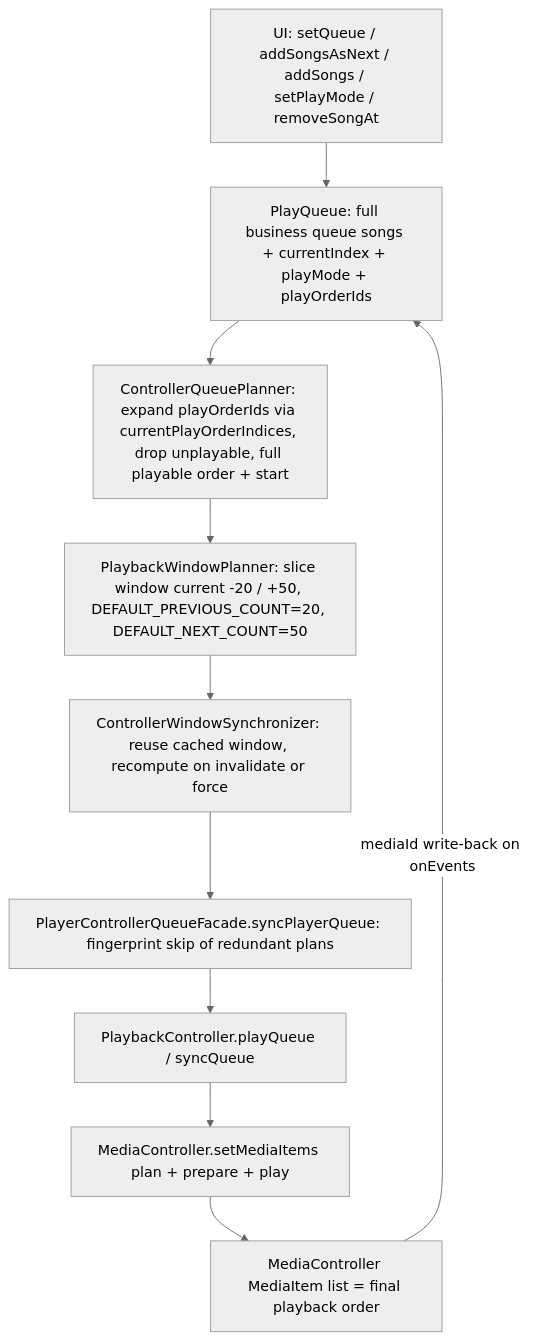
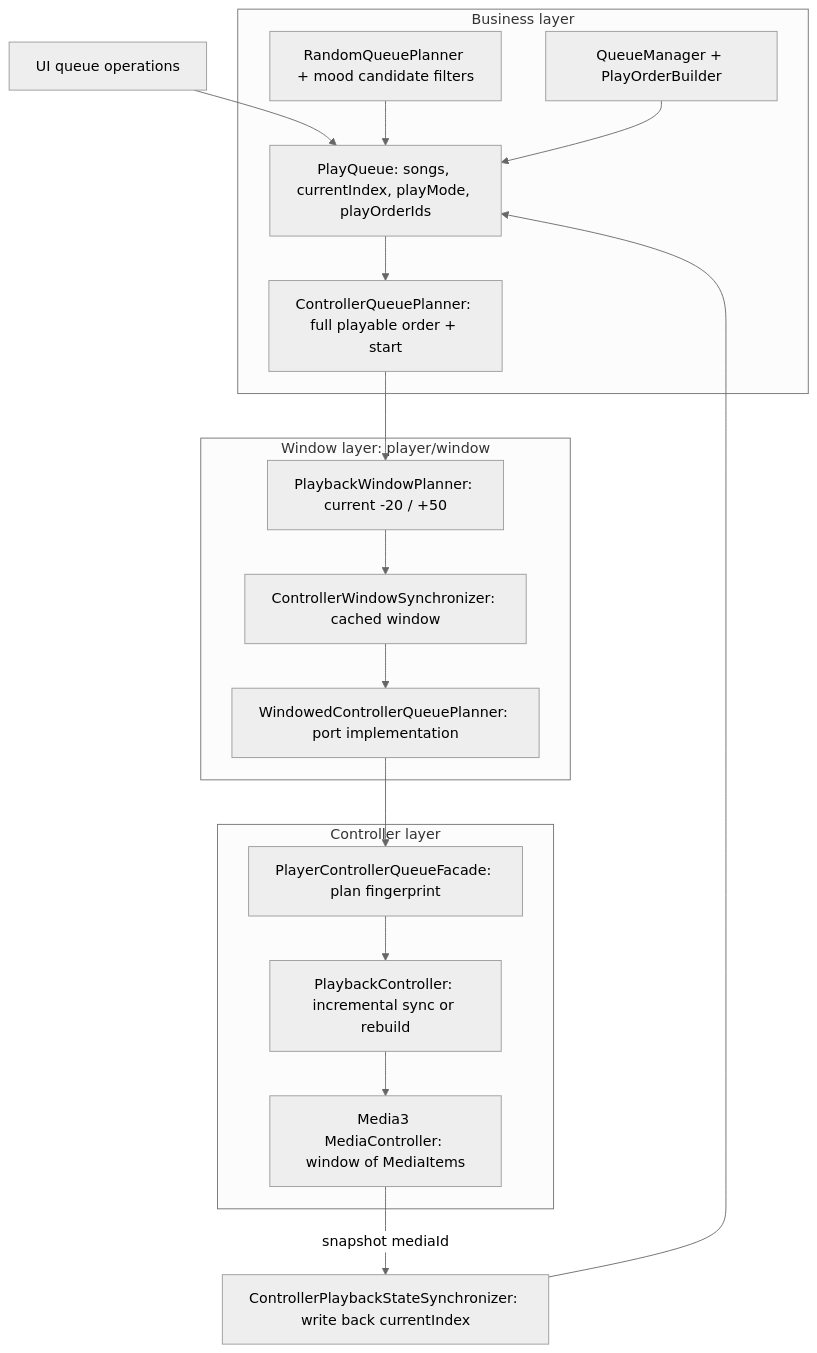
Before and after one commit to DefineMyCode/melody-in-heart-x: the first of 2 diagrams in openwiki/player/queue-architecture.md, drawn with Mermaid (neutral theme). The commit also changed other lines of this file and 42 other files, not shown here.

````diff
--- a/openwiki/player/queue-architecture.md
+++ b/openwiki/player/queue-architecture.md
@@ -145,12 +172,31 @@
 ```mermaid
 flowchart TD
-    UI["UI: setQueue / addSongsAsNext / addSongs / setPlayMode / removeSongAt"] --> PQ["PlayQueue: full business queue songs + currentIndex + playMode + playOrderIds"]
-    PQ --> CQP["ControllerQueuePlanner: expand playOrderIds via currentPlayOrderIndices, drop unplayable, full playable order + start"]
-    CQP --> PWP["PlaybackWindowPlanner: slice window current -20 / +50, DEFAULT_PREVIOUS_COUNT=20, DEFAULT_NEXT_COUNT=50"]
-    PWP --> CWS["ControllerWindowSynchronizer: reuse cached window, recompute on invalidate or force"]
-    CWS --> FCD["PlayerControllerQueueFacade.syncPlayerQueue: fingerprint skip of redundant plans"]
-    FCD --> PBC["PlaybackController.playQueue / syncQueue"]
-    PBC --> MC["MediaController.setMediaItems plan + prepare + play"]
-    MC --> T["MediaController MediaItem list = final playback order"]
-    T -->|"mediaId write-back on onEvents"| PQ
+    subgraph Business["Business layer"]
+        PQ["PlayQueue: songs, currentIndex, playMode, playOrderIds"]
+        QM["QueueManager + PlayOrderBuilder"]
+        CQP["ControllerQueuePlanner: full playable order + start"]
+        RQ["RandomQueuePlanner + mood candidate filters"]
+    end
+    subgraph WindowLayer["Window layer: player/window"]
+        PWP["PlaybackWindowPlanner: current -20 / +50"]
+        CWS["ControllerWindowSynchronizer: cached window"]
+        WCP["WindowedControllerQueuePlanner: port implementation"]
+    end
+    subgraph Ctrl["Controller layer"]
+        CQF["PlayerControllerQueueFacade: plan fingerprint"]
+        PBC["PlaybackController: incremental sync or rebuild"]
+        MC["Media3 MediaController: window of MediaItems"]
+    end
+    UI["UI queue operations"] --> PQ
+    PQ --> CQP
+    RQ --> PQ
+    CQP --> PWP
+    PWP --> CWS
+    CWS --> WCP
+    WCP --> CQF
+    CQF --> PBC
+    PBC --> MC
+    MC -->|"snapshot mediaId"| SYNC["ControllerPlaybackStateSynchronizer: write back currentIndex"]
+    SYNC --> PQ
+    QM --> PQ
 ```
````
